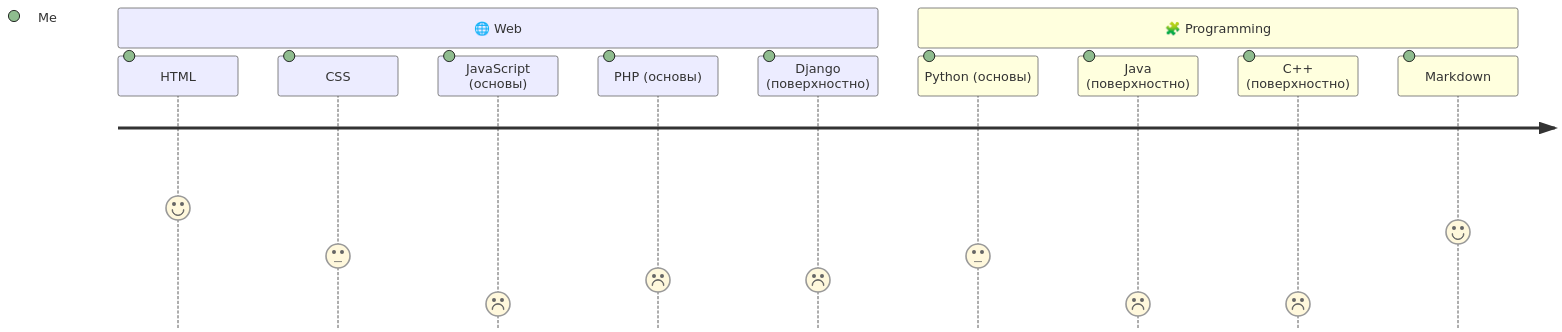
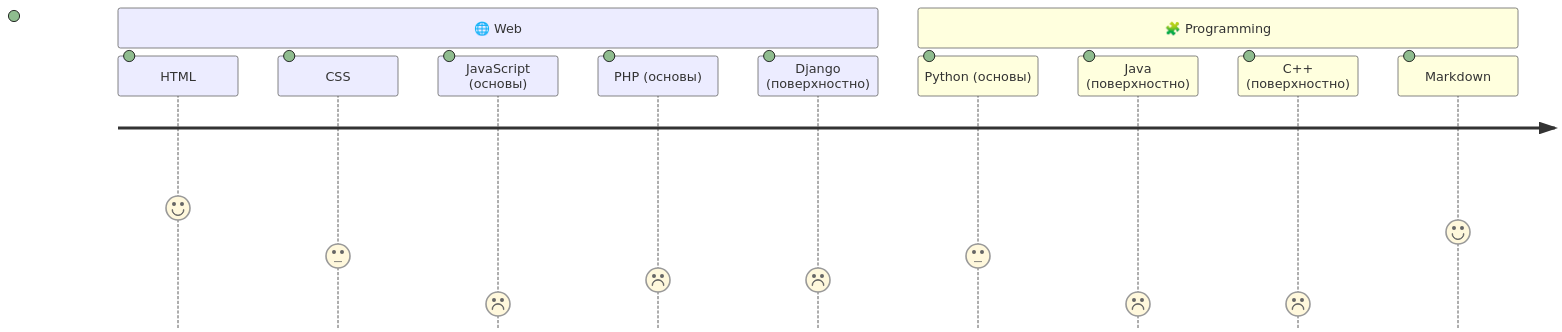
The first of 2 diagrams in README.md (sttape/sttape), drawn with Mermaid before and after one commit. The commit also changed other lines of this file, not shown here.

````diff
--- a/README.md
+++ b/README.md
@@ -9,14 +9,14 @@
 ```mermaid
 journey
     section 🌐 Web
-      HTML: 5: Me
-      CSS: 3: Me
-      JavaScript (основы): 1: Me
-      PHP (основы): 2: Me
-      Django (поверхностно): 2: Me
+      HTML: 5:
+      CSS: 3:
+      JavaScript (основы): 1:
+      PHP (основы): 2:
+      Django (поверхностно): 2:
     section 🧩 Programming
-      Python (основы): 3: Me
-      Java (поверхностно): 1: Me
-      C++ (поверхностно): 1: Me
-      Markdown: 4: Me
+      Python (основы): 3:
+      Java (поверхностно): 1:
+      C++ (поверхностно): 1:
+      Markdown: 4:
 ```
````
